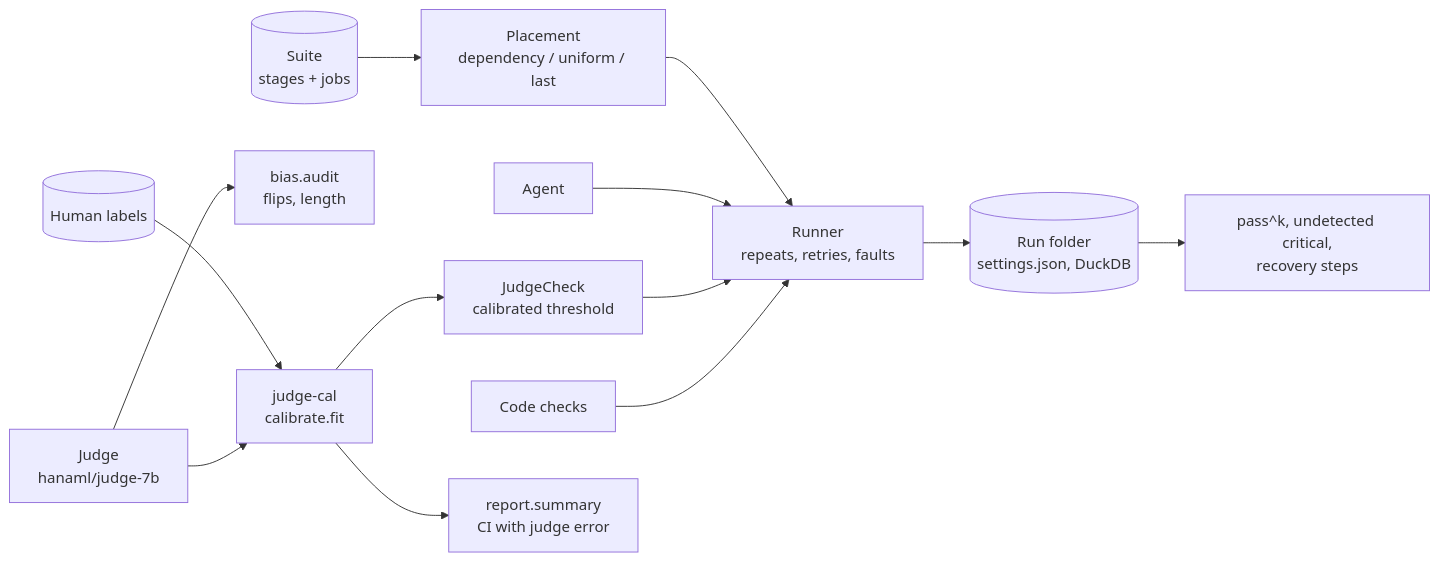
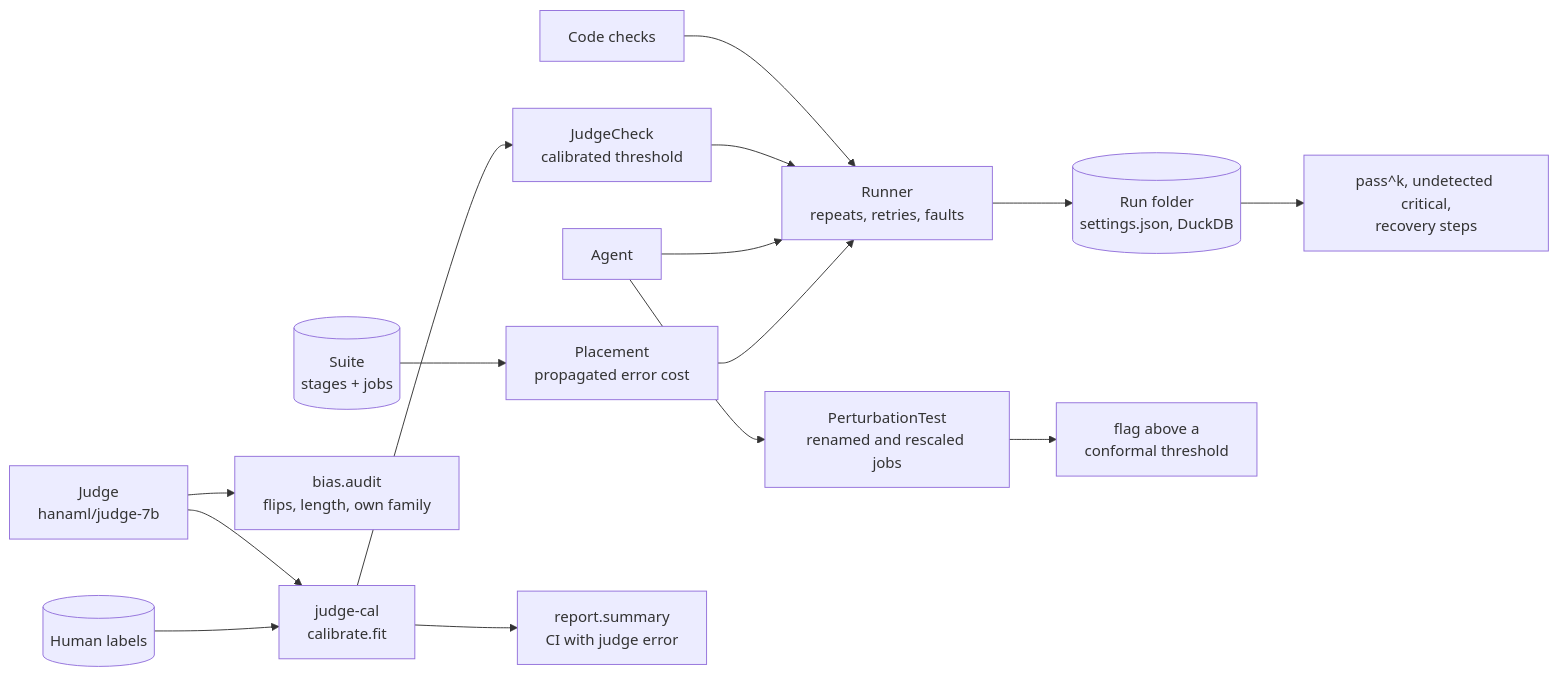
The diagram in README.md (hanaml-lab/hana-evals), drawn with Mermaid before and after one commit. The commit also changed other lines of this file and 3 other files, not shown here.

````diff
--- a/README.md
+++ b/README.md
@@ -16,16 +67,18 @@
 ```mermaid
 flowchart LR
     labels[(Human labels)] --> fit[judge-cal<br/>calibrate.fit]
-    judge[Judge<br/>hanaml/judge-7b] --> audit[bias.audit<br/>flips, length]
+    judge[Judge<br/>hanaml/judge-7b] --> audit[bias.audit<br/>flips, length, own family]
     judge --> fit
     fit --> jc[JudgeCheck<br/>calibrated threshold]
 
-    suite[(Suite<br/>stages + jobs)] --> place[Placement<br/>dependency / uniform / last]
+    suite[(Suite<br/>stages + jobs)] --> place[Placement<br/>propagated error cost]
     place --> runner[Runner<br/>repeats, retries, faults]
     agent[Agent] --> runner
     jc --> runner
     code[Code checks] --> runner
     runner --> store[(Run folder<br/>settings.json, DuckDB)]
     store --> metrics[pass^k, undetected critical,<br/>recovery steps]
+    agent --> vpt[PerturbationTest<br/>renamed and rescaled jobs]
+    vpt --> flag[flag above a<br/>conformal threshold]
     fit --> report[report.summary<br/>CI with judge error]
 ```
````
